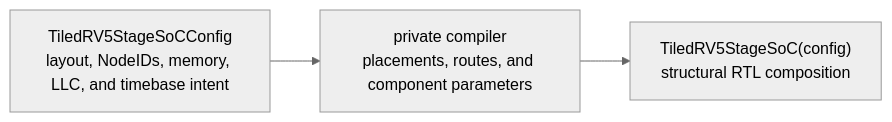
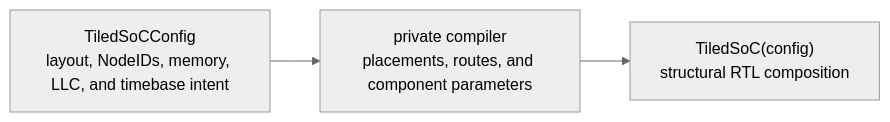
One commit to jerryz123/rhodium changed the second of 2 diagrams in socs/README.md. Above: the diagram before and after it, drawn with Mermaid (neutral theme). The commit also changed other lines of this file and 121 other files, not shown here.

````diff
--- a/socs/README.md
+++ b/socs/README.md
@@ -279,8 +321,8 @@
 ```mermaid
 flowchart LR
-  Config["TiledRV5StageSoCConfig<br/>layout, NodeIDs, memory, LLC, and timebase intent"]
+  Config["TiledSoCConfig<br/>layout, NodeIDs, memory, LLC, and timebase intent"]
   Compile["private compiler<br/>placements, routes, and component parameters"]
-  RTL["TiledRV5StageSoC(config)<br/>structural RTL composition"]
+  RTL["TiledSoC(config)<br/>structural RTL composition"]
 
   Config --> Compile --> RTL
 ```
````
